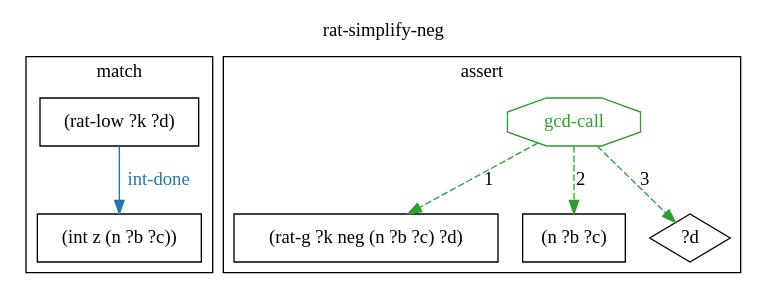
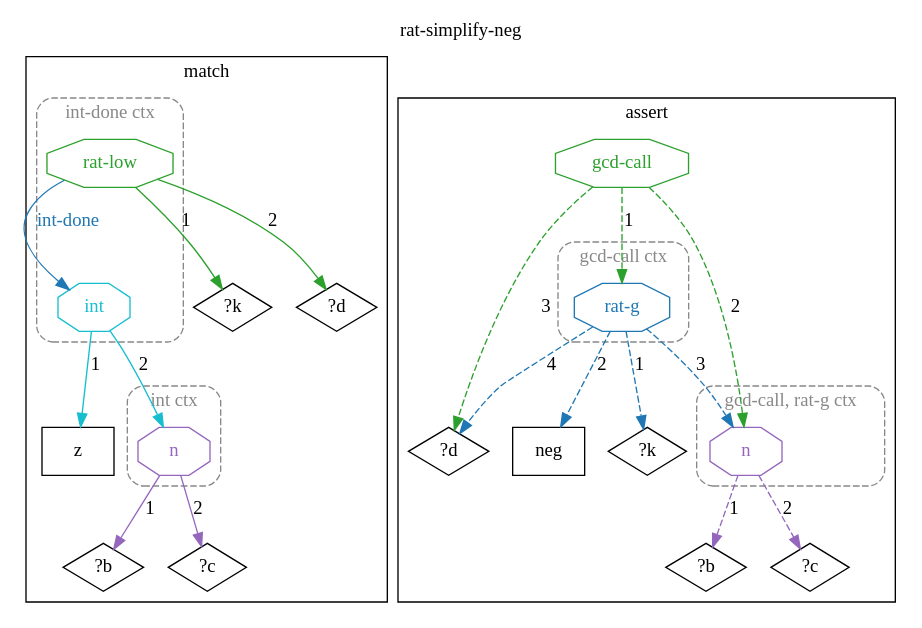
The diagram in docs/ein/user/04-reference/04-stdlib/diagrams/13-std.math.rat.rat-simplify-neg.dot (agutikov/ein), drawn with Graphviz before and after one commit. The commit also changed 691 other files, not shown here.

```diff
--- a/docs/ein/user/04-reference/04-stdlib/diagrams/13-std.math.rat.rat-simplify-neg.dot
+++ b/docs/ein/user/04-reference/04-stdlib/diagrams/13-std.math.rat.rat-simplify-neg.dot
@@ -1,18 +1,52 @@
 digraph rule_rat_simplify_neg_lhs_rhs {
   rankdir=TB;
   label="rat-simplify-neg"; labelloc=t;
   subgraph cluster_lhs { label="match";
-    "(rat-low ?k ?d)_L" [label="(rat-low ?k ?d)", shape=rectangle];
-    "(int z (n ?b ?c))_L" [label="(int z (n ?b ?c))", shape=rectangle];
+    "?k_L" [label="?k", shape=diamond];
+    "?d_L" [label="?d", shape=diamond];
+    "z_L" [label="z", shape=rectangle];
+    "?b_L" [label="?b", shape=diamond];
+    "?c_L" [label="?c", shape=diamond];
+    subgraph cluster_ctx_L_0 {
+      label="int ctx"; style="dashed,rounded"; color="#888888"; fontcolor="#888888";
+      "(n ?b ?c)_L" [shape=octagon, label="n", color="#9467bd", fontcolor="#9467bd"];
+    }
+    subgraph cluster_ctx_L_1 {
+      label="int-done ctx"; style="dashed,rounded"; color="#888888"; fontcolor="#888888";
+      "(rat-low ?k ?d)_L" [shape=octagon, label="rat-low", color="#2ca02c", fontcolor="#2ca02c"];
+      "(int z (n ?b ?c))_L" [shape=octagon, label="int", color="#17becf", fontcolor="#17becf"];
+    }
     "(rat-low ?k ?d)_L" -> "(int z (n ?b ?c))_L" [label="int-done", color="#1f77b4", fontcolor="#1f77b4"];
+    "(rat-low ?k ?d)_L" -> "?k_L" [label="1", color="#2ca02c"];
+    "(rat-low ?k ?d)_L" -> "?d_L" [label="2", color="#2ca02c"];
+    "(int z (n ?b ?c))_L" -> "z_L" [label="1", color="#17becf"];
+    "(int z (n ?b ?c))_L" -> "(n ?b ?c)_L" [label="2", color="#17becf"];
+    "(n ?b ?c)_L" -> "?b_L" [label="1", color="#9467bd"];
+    "(n ?b ?c)_L" -> "?c_L" [label="2", color="#9467bd"];
   }
   subgraph cluster_rhs { label="assert";
-    "(rat-g ?k neg (n ?b ?c) ?d)_R" [label="(rat-g ?k neg (n ?b ?c) ?d)", shape=rectangle];
-    "(n ?b ?c)_R" [label="(n ?b ?c)", shape=rectangle];
+    "?k_R" [label="?k", shape=diamond];
+    "neg_R" [label="neg", shape=rectangle];
+    "?b_R" [label="?b", shape=diamond];
+    "?c_R" [label="?c", shape=diamond];
     "?d_R" [label="?d", shape=diamond];
+    subgraph cluster_ctx_R_0 {
+      label="gcd-call ctx"; style="dashed,rounded"; color="#888888"; fontcolor="#888888";
+      "(rat-g ?k neg (n ?b ?c) ?d)_R" [shape=octagon, label="rat-g", color="#1f77b4", fontcolor="#1f77b4"];
+    }
+    subgraph cluster_ctx_R_1 {
+      label="gcd-call, rat-g ctx"; style="dashed,rounded"; color="#888888"; fontcolor="#888888";
+      "(n ?b ?c)_R" [shape=octagon, label="n", color="#9467bd", fontcolor="#9467bd"];
+    }
     "h1_gcd-call_R" [shape=octagon, label="gcd-call", color="#2ca02c", fontcolor="#2ca02c"];
     "h1_gcd-call_R" -> "(rat-g ?k neg (n ?b ?c) ?d)_R" [label="1", color="#2ca02c", style=dashed];
     "h1_gcd-call_R" -> "(n ?b ?c)_R" [label="2", color="#2ca02c", style=dashed];
     "h1_gcd-call_R" -> "?d_R" [label="3", color="#2ca02c", style=dashed];
+    "(rat-g ?k neg (n ?b ?c) ?d)_R" -> "?k_R" [label="1", color="#1f77b4", style=dashed];
+    "(rat-g ?k neg (n ?b ?c) ?d)_R" -> "neg_R" [label="2", color="#1f77b4", style=dashed];
+    "(rat-g ?k neg (n ?b ?c) ?d)_R" -> "(n ?b ?c)_R" [label="3", color="#1f77b4", style=dashed];
+    "(rat-g ?k neg (n ?b ?c) ?d)_R" -> "?d_R" [label="4", color="#1f77b4", style=dashed];
+    "(n ?b ?c)_R" -> "?b_R" [label="1", color="#9467bd", style=dashed];
+    "(n ?b ?c)_R" -> "?c_R" [label="2", color="#9467bd", style=dashed];
   }
 }
```
